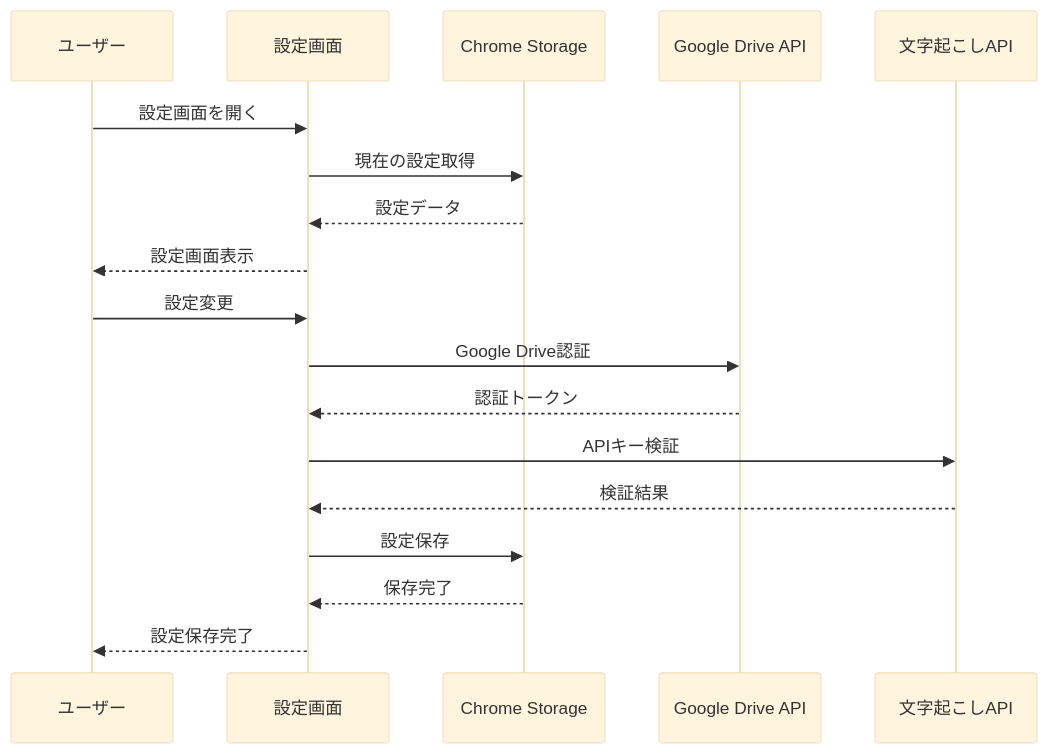
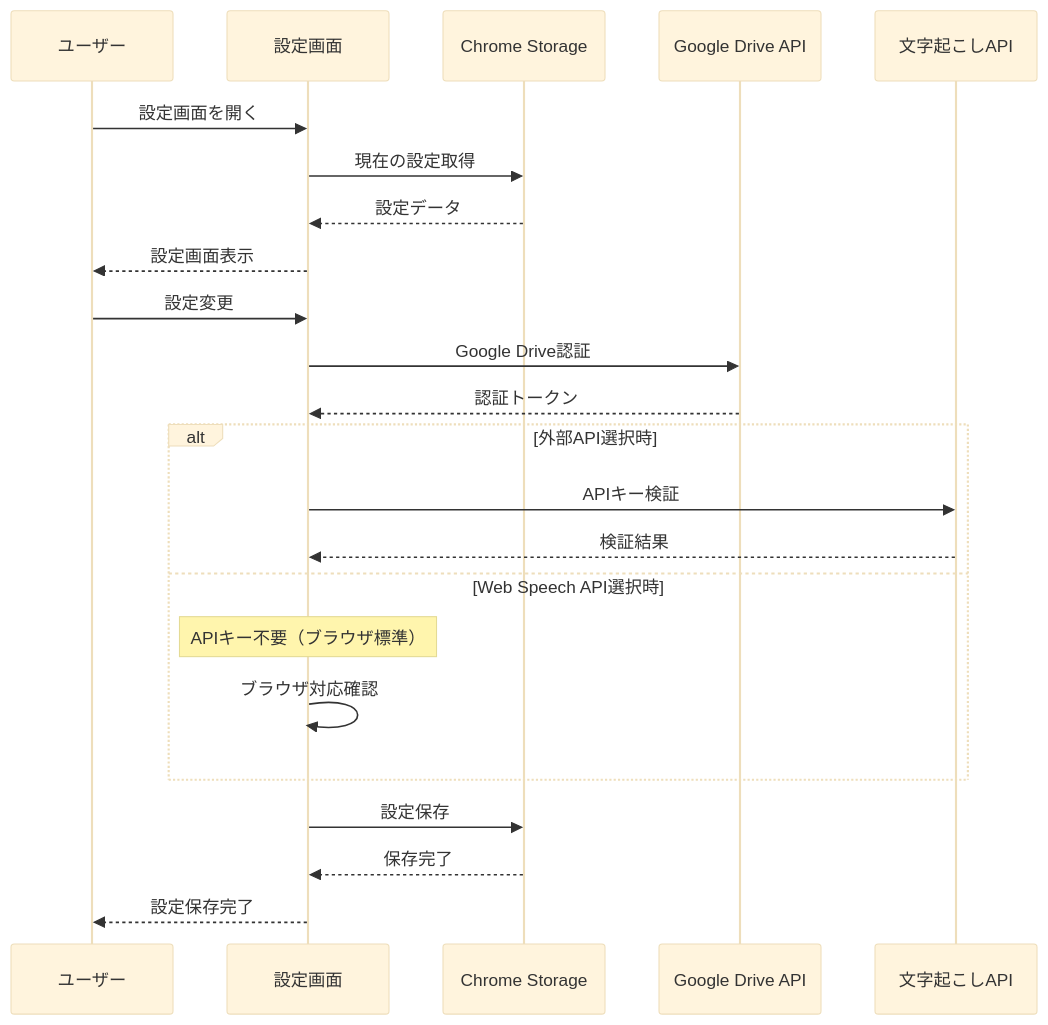
Before and after one commit to tatsuyamiyazaki/video-transcription-chrome-extension: the fourth of 15 diagrams in docs/data-flow.md, drawn with Mermaid (base theme). The commit also changed other lines of this file and 5 other files, not shown here.

Commit message:
Web Speech APIを追加したため、ドキュメントを更新

````diff
--- a/docs/data-flow.md
+++ b/docs/data-flow.md
@@ -91,22 +99,29 @@
 ```mermaid
 sequenceDiagram
     participant User as ユーザー
     participant Options as 設定画面
     participant Storage as Chrome Storage
     participant GDrive as Google Drive API
     participant STT as 文字起こしAPI
     
     User->>Options: 設定画面を開く
     Options->>Storage: 現在の設定取得
     Storage-->>Options: 設定データ
     Options-->>User: 設定画面表示
     
     User->>Options: 設定変更
     Options->>GDrive: Google Drive認証
     GDrive-->>Options: 認証トークン
-    Options->>STT: APIキー検証
-    STT-->>Options: 検証結果
+    
+    alt 外部API選択時
+        Options->>STT: APIキー検証
+        STT-->>Options: 検証結果
+    else Web Speech API選択時
+        Note over Options: APIキー不要（ブラウザ標準）
+        Options->>Options: ブラウザ対応確認
+    end
+    
     Options->>Storage: 設定保存
     Storage-->>Options: 保存完了
     Options-->>User: 設定保存完了
 ```
````
